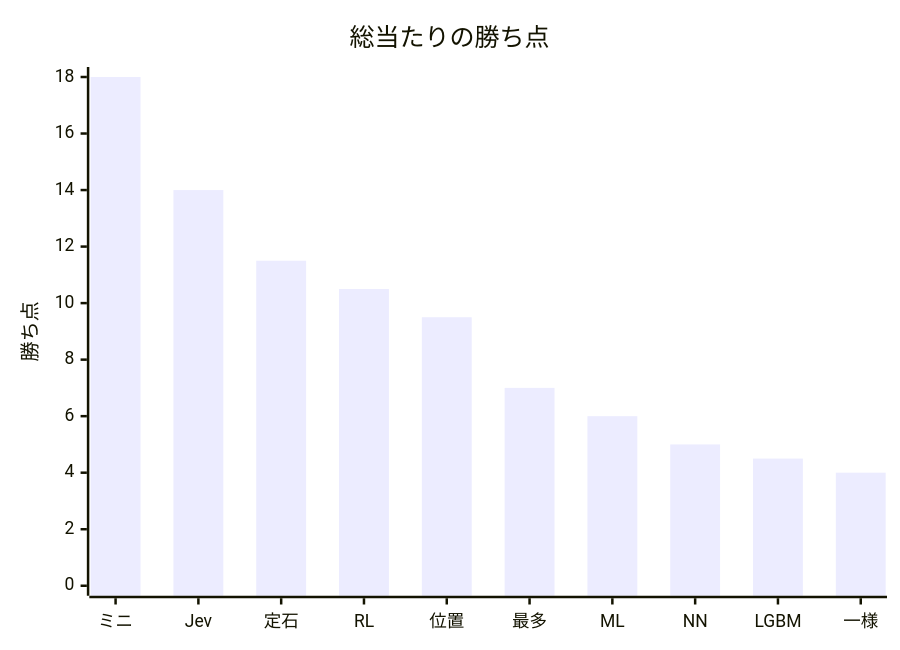
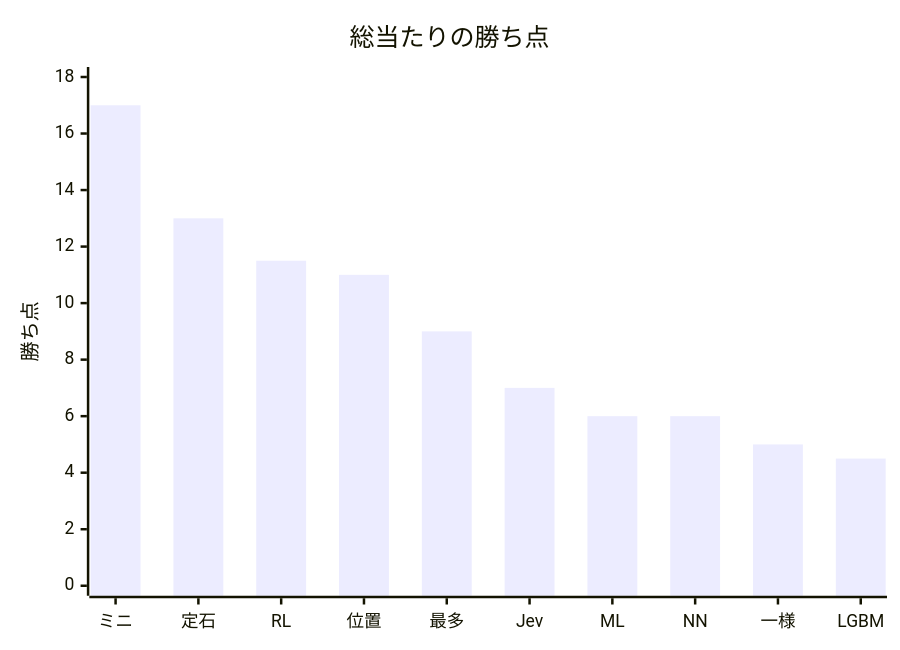
Before and after one commit to gnkm/reversi-ai: the diagram in docs/benchmarks/round-robin.md, drawn with Mermaid. The commit also changed other lines of this file and 2 other files, not shown here.

First line of the commit message:
docs(benchmarks): Jev の言葉の合法手 Choice 後の総当たり結果を更新する

````diff
--- a/docs/benchmarks/round-robin.md
+++ b/docs/benchmarks/round-robin.md
@@ -36,7 +36,7 @@
 ```mermaid
 xychart-beta
     title "総当たりの勝ち点"
-    x-axis ["ミニ", "Jev", "定石", "RL", "位置", "最多", "ML", "NN", "LGBM", "一様"]
+    x-axis ["ミニ", "定石", "RL", "位置", "最多", "Jev", "ML", "NN", "一様", "LGBM"]
     y-axis "勝ち点" 0 --> 18
-    bar [18, 14, 11.5, 10.5, 9.5, 7, 6, 5, 4.5, 4]
+    bar [17, 13, 11.5, 11, 9, 7, 6, 6, 5, 4.5]
 ```
````
